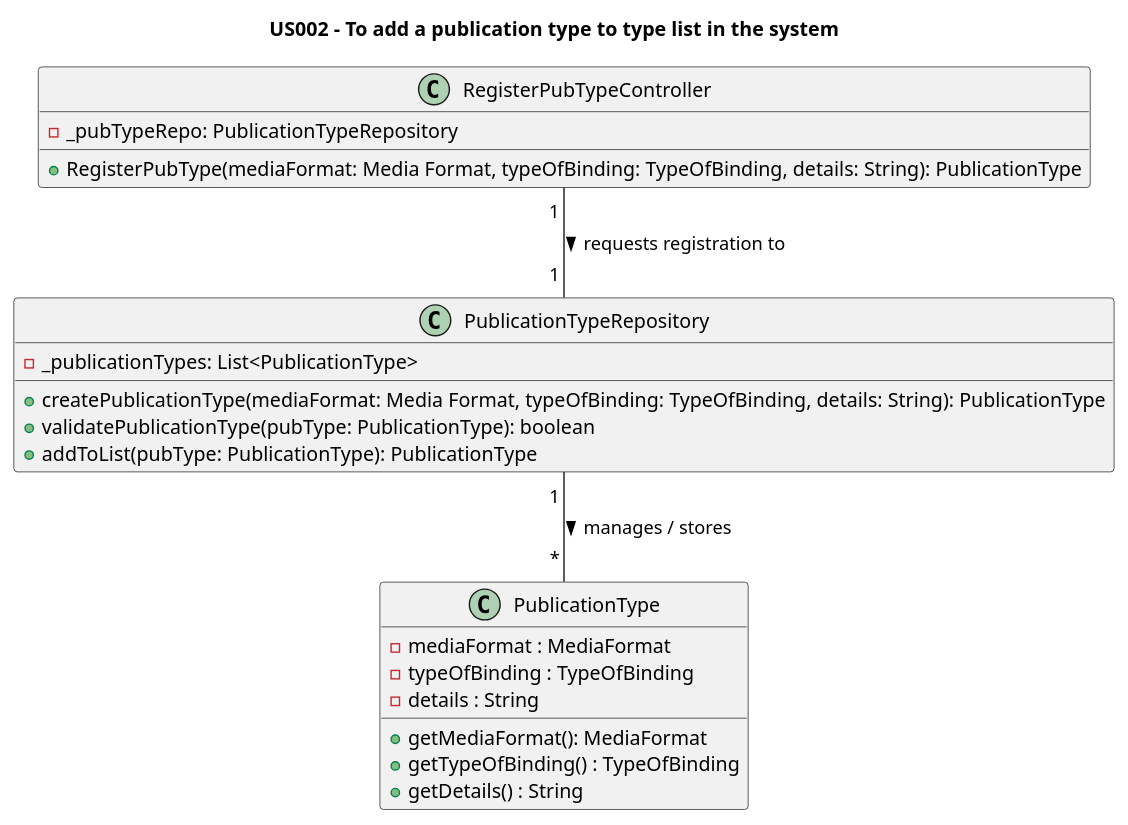
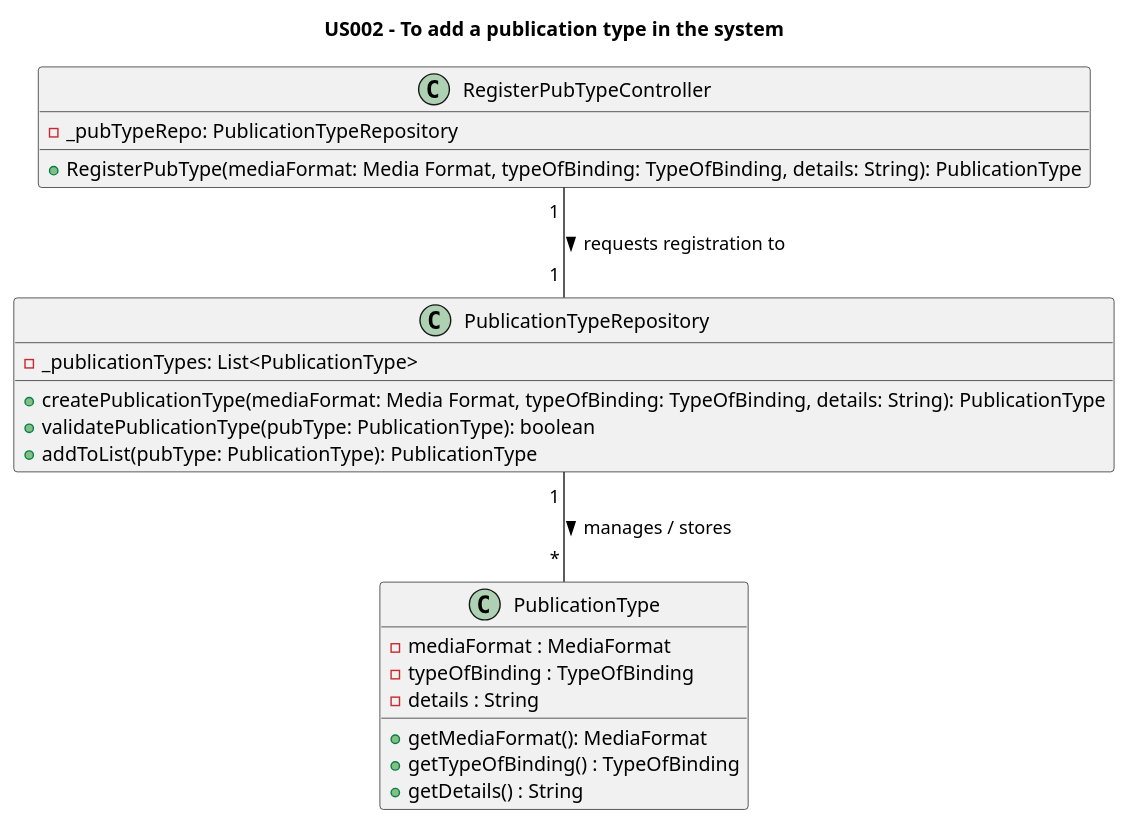
The diagram in Diagrams/ClassDiagrams/US002-to-add-a-publication-type-to-type-list.puml (AndrePereiraGitH/SWitCH-Project-Team_A), drawn with PlantUML before and after one commit. The commit also changed 3 other files, not shown here.

Commit message:
Working on #24 and #42, corrected Diagrams

```diff
--- a/Diagrams/ClassDiagrams/US002-to-add-a-publication-type-to-type-list.puml
+++ b/Diagrams/ClassDiagrams/US002-to-add-a-publication-type-to-type-list.puml
@@ -1,32 +1,32 @@
 @startuml
-title US002 - To add a publication type to type list in the system
+title US002 - To add a publication type in the system
 
 'Need to create class
 
 class RegisterPubTypeController {
   -_pubTypeRepo: PublicationTypeRepository
     +RegisterPubType(mediaFormat: Media Format, typeOfBinding: TypeOfBinding, details: String): PublicationType
 }
 
 class PublicationTypeRepository {
   -_publicationTypes: List<PublicationType>
   +createPublicationType(mediaFormat: Media Format, typeOfBinding: TypeOfBinding, details: String): PublicationType
   +validatePublicationType(pubType: PublicationType): boolean
   +addToList(pubType: PublicationType): PublicationType
 }
 
 class PublicationType {
   -mediaFormat : MediaFormat
   -typeOfBinding : TypeOfBinding
   -details : String
   +getMediaFormat(): MediaFormat
   +getTypeOfBinding() : TypeOfBinding
   +getDetails() : String
 }
 
 ' Interactions
 
 RegisterPubTypeController "1 " -- "1 " PublicationTypeRepository : requests registration to >
 PublicationTypeRepository "1 " -- " * " PublicationType : manages / stores >
 
 @enduml
```
